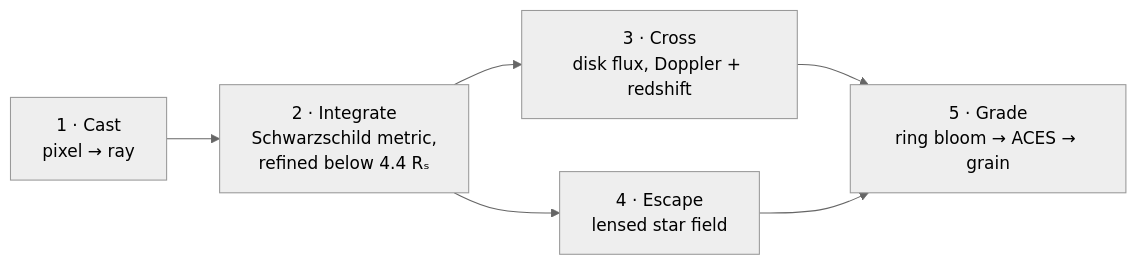
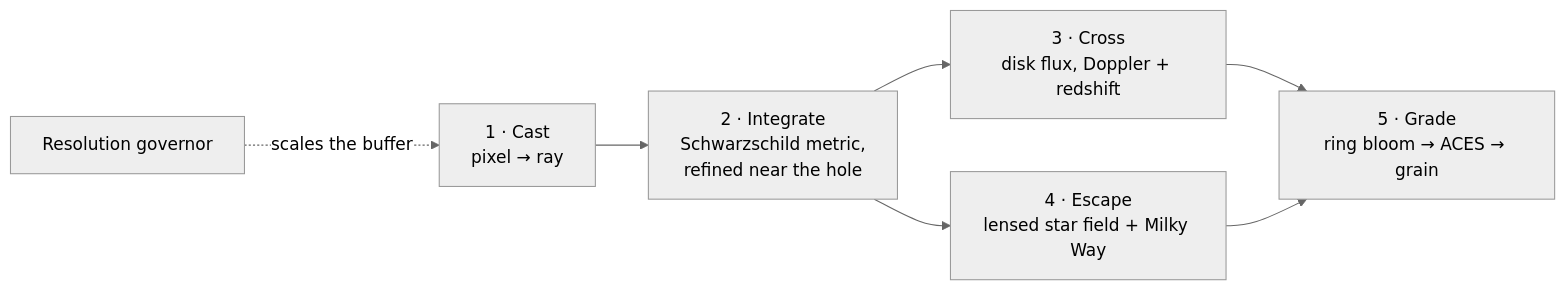
The diagram in README.md (kutluhangil/BeyondHorizon), drawn with Mermaid (neutral theme) before and after one commit. The commit also changed other lines of this file and 3 other files, not shown here.

````diff
--- a/README.md
+++ b/README.md
@@ -38,8 +50,9 @@
 ```mermaid
 flowchart LR
-  C[1 · Cast<br/>pixel → ray] --> I[2 · Integrate<br/>Schwarzschild metric,<br/>refined below 4.4 Rₛ]
+  C[1 · Cast<br/>pixel → ray] --> I[2 · Integrate<br/>Schwarzschild metric,<br/>refined near the hole]
   I --> X[3 · Cross<br/>disk flux, Doppler + redshift]
-  I --> E[4 · Escape<br/>lensed star field]
+  I --> E[4 · Escape<br/>lensed star field + Milky Way]
   X --> G[5 · Grade<br/>ring bloom → ACES → grain]
   E --> G
+  GOV[Resolution governor] -. scales the buffer .-> C
 ```
````
